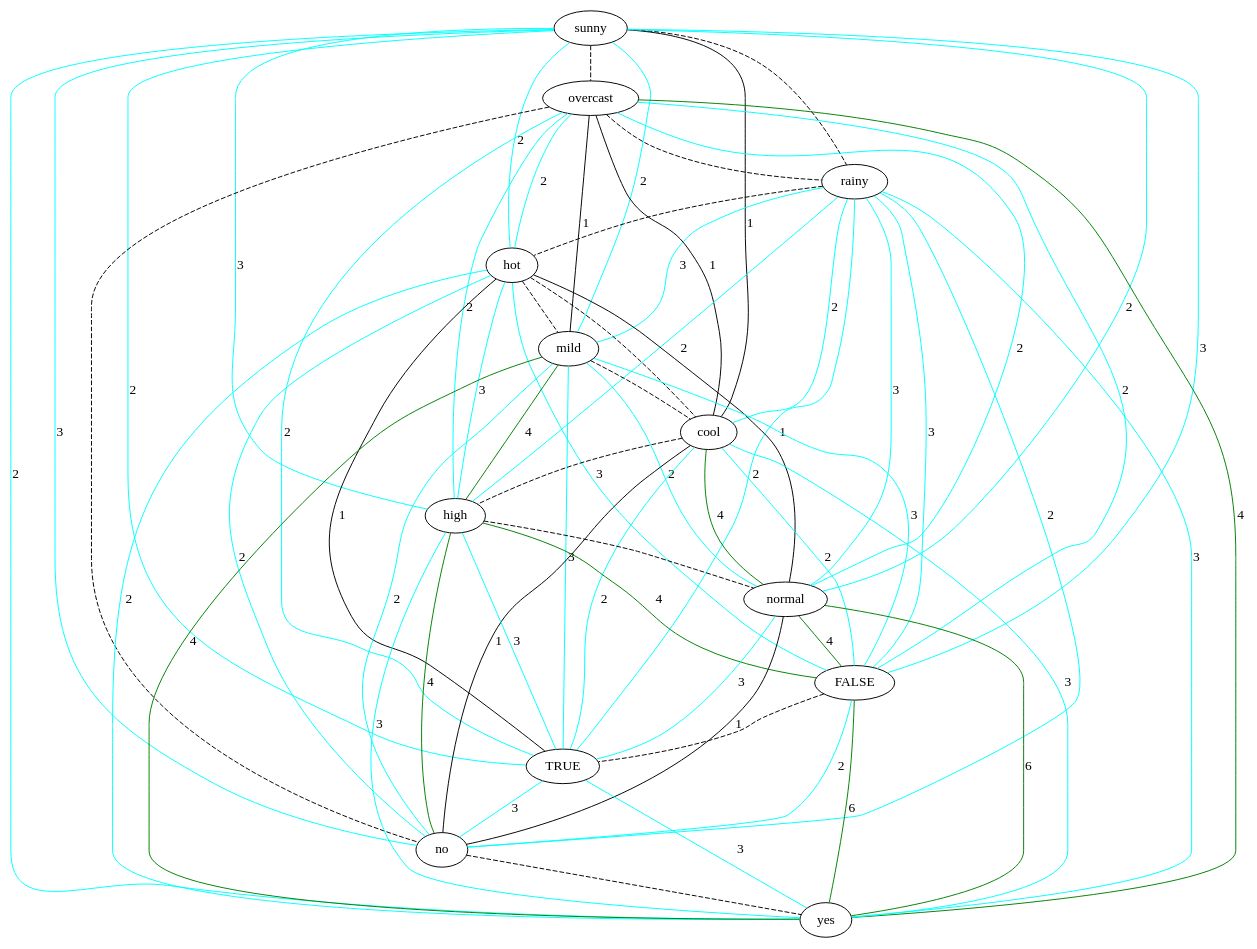
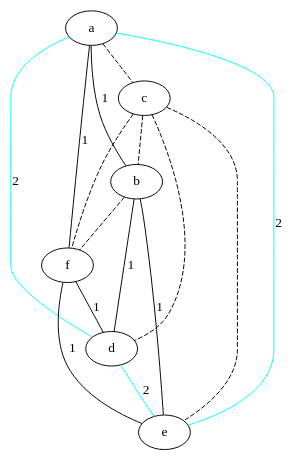
The diagram in src/final/exponentialGraph.dot (lrodrin/TFG), drawn with Graphviz before and after one commit.

```diff
--- a/src/final/exponentialGraph.dot
+++ b/src/final/exponentialGraph.dot
@@ -1,80 +1,23 @@
 strict graph "" {
-sunny;
-overcast;
-rainy;
-hot;
-mild;
-cool;
-high;
-normal;
-FALSE;
-TRUE;
-no;
-yes;
-sunny -- overcast  [color=black, style=dashed];
-sunny -- rainy  [color=black, style=dashed];
-sunny -- hot  [color=cyan, label=2, style=solid];
-sunny -- mild  [color=cyan, label=2, style=solid];
-sunny -- cool  [color=black, label=1, style=solid];
-sunny -- high  [color=cyan, label=3, style=solid];
-sunny -- normal  [color=cyan, label=2, style=solid];
-sunny -- FALSE  [color=cyan, label=3, style=solid];
-sunny -- TRUE  [color=cyan, label=2, style=solid];
-sunny -- no  [color=cyan, label=3, style=solid];
-sunny -- yes  [color=cyan, label=2, style=solid];
-overcast -- rainy  [color=black, style=dashed];
-overcast -- hot  [color=cyan, label=2, style=solid];
-overcast -- mild  [color=black, label=1, style=solid];
-overcast -- cool  [color=black, label=1, style=solid];
-overcast -- high  [color=cyan, label=2, style=solid];
-overcast -- normal  [color=cyan, label=2, style=solid];
-overcast -- FALSE  [color=cyan, label=2, style=solid];
-overcast -- TRUE  [color=cyan, label=2, style=solid];
-overcast -- no  [color=black, style=dashed];
-overcast -- yes  [color=green, label=4, style=solid];
-rainy -- hot  [color=black, style=dashed];
-rainy -- mild  [color=cyan, label=3, style=solid];
-rainy -- cool  [color=cyan, label=2, style=solid];
-rainy -- high  [color=cyan, label=2, style=solid];
-rainy -- normal  [color=cyan, label=3, style=solid];
-rainy -- FALSE  [color=cyan, label=3, style=solid];
-rainy -- TRUE  [color=cyan, label=2, style=solid];
-rainy -- no  [color=cyan, label=2, style=solid];
-rainy -- yes  [color=cyan, label=3, style=solid];
-hot -- mild  [color=black, style=dashed];
-hot -- cool  [color=black, style=dashed];
-hot -- high  [color=cyan, label=3, style=solid];
-hot -- normal  [color=black, label=1, style=solid];
-hot -- FALSE  [color=cyan, label=3, style=solid];
-hot -- TRUE  [color=black, label=1, style=solid];
-hot -- no  [color=cyan, label=2, style=solid];
-hot -- yes  [color=cyan, label=2, style=solid];
-mild -- cool  [color=black, style=dashed];
-mild -- high  [color=green, label=4, style=solid];
-mild -- normal  [color=cyan, label=2, style=solid];
-mild -- FALSE  [color=cyan, label=3, style=solid];
-mild -- TRUE  [color=cyan, label=3, style=solid];
-mild -- no  [color=cyan, label=2, style=solid];
-mild -- yes  [color=green, label=4, style=solid];
-cool -- high  [color=black, style=dashed];
-cool -- normal  [color=green, label=4, style=solid];
-cool -- FALSE  [color=cyan, label=2, style=solid];
-cool -- TRUE  [color=cyan, label=2, style=solid];
-cool -- no  [color=black, label=1, style=solid];
-cool -- yes  [color=cyan, label=3, style=solid];
-high -- normal  [color=black, style=dashed];
-high -- FALSE  [color=green, label=4, style=solid];
-high -- TRUE  [color=cyan, label=3, style=solid];
-high -- no  [color=green, label=4, style=solid];
-high -- yes  [color=cyan, label=3, style=solid];
-normal -- FALSE  [color=green, label=4, style=solid];
-normal -- TRUE  [color=cyan, label=3, style=solid];
-normal -- no  [color=black, label=1, style=solid];
-normal -- yes  [color=green, label=6, style=solid];
-FALSE -- TRUE  [color=black, style=dashed];
-FALSE -- no  [color=cyan, label=2, style=solid];
-FALSE -- yes  [color=green, label=6, style=solid];
-TRUE -- no  [color=cyan, label=3, style=solid];
-TRUE -- yes  [color=cyan, label=3, style=solid];
-no -- yes  [color=black, style=dashed];
+a;
+c;
+b;
+f;
+d;
+e;
+a -- c  [color=black, style=dashed];
+a -- b  [color=black, label=1, style=solid];
+a -- f  [color=black, label=1, style=solid];
+a -- d  [color=cyan, label=2, style=solid];
+a -- e  [color=cyan, label=2, style=solid];
+c -- b  [color=black, style=dashed];
+c -- f  [color=black, style=dashed];
+c -- d  [color=black, style=dashed];
+c -- e  [color=black, style=dashed];
+b -- f  [color=black, style=dashed];
+b -- d  [color=black, label=1, style=solid];
+b -- e  [color=black, label=1, style=solid];
+f -- d  [color=black, label=1, style=solid];
+f -- e  [color=black, label=1, style=solid];
+d -- e  [color=cyan, label=2, style=solid];
 }
```
